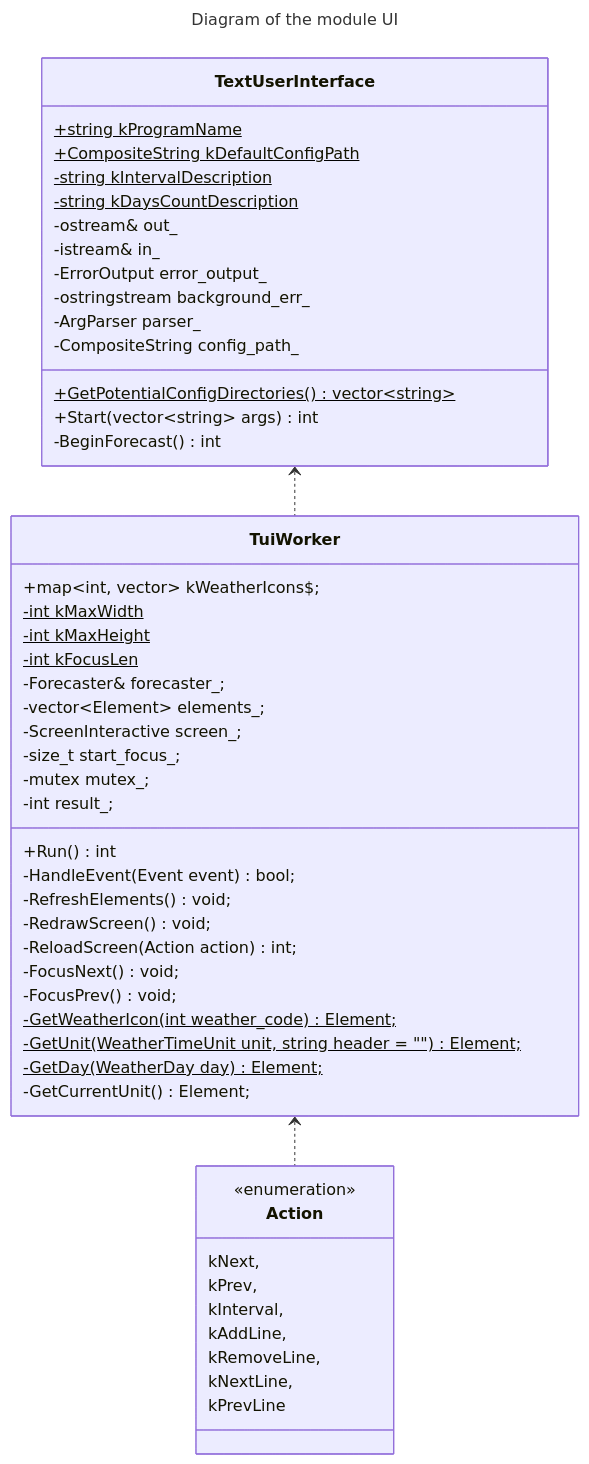
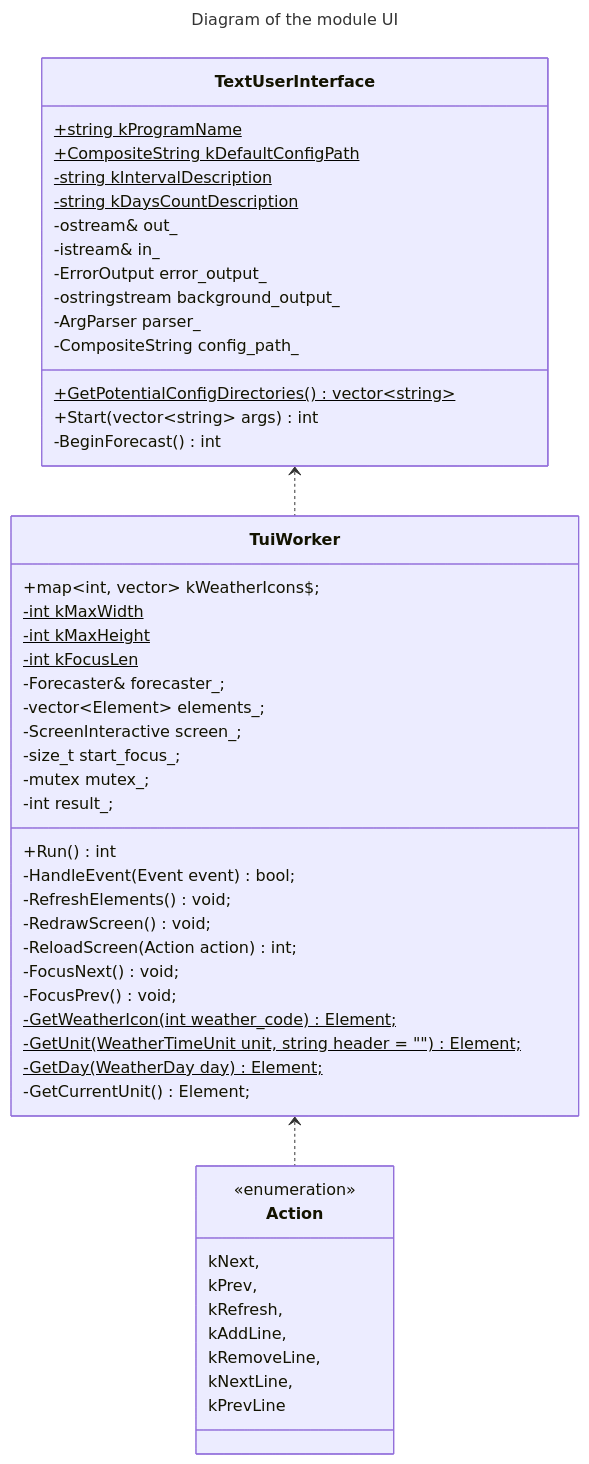
Before and after one commit to bialger/weather-forecast: the second of 4 diagrams in docs/dev/architecture.md, drawn with Mermaid. The commit also changed other lines of this file and 13 other files, not shown here.

````diff
--- a/docs/dev/architecture.md
+++ b/docs/dev/architecture.md
@@ -59,63 +59,63 @@
 ```mermaid
 ---
 title: Diagram of the module UI
 ---
 %%{
   init: {
     'theme': 'base',
     'classDiagram': { 'curve': 'linear' },
   }
 }%%
 classDiagram
   direction TB
   class TextUserInterface {
     +string kProgramName$
     +CompositeString kDefaultConfigPath$
     -string kIntervalDescription$
     -string kDaysCountDescription$
     -ostream& out_
     -istream& in_
     -ErrorOutput error_output_
-    -ostringstream background_err_
+    -ostringstream background_output_
     -ArgParser parser_
     -CompositeString config_path_
     +GetPotentialConfigDirectories()$ vector~string~
     +Start(vector~string~ args) int
     -BeginForecast() int
   }
   class TuiWorker {
     +map~int, vector<string>~ kWeatherIcons$;
     -int kMaxWidth$
     -int kMaxHeight$
     -int kFocusLen$
     -Forecaster& forecaster_;
     -vector~Element~ elements_;
     -ScreenInteractive screen_;
     -size_t start_focus_;
     -mutex mutex_;
     -int result_;
     +Run() int
     -HandleEvent(Event event) bool;
     -RefreshElements() void;
     -RedrawScreen() void;
     -ReloadScreen(Action action) int;
     -FocusNext() void;
     -FocusPrev() void;
     -GetWeatherIcon(int weather_code)$ Element;
     -GetUnit(WeatherTimeUnit unit, string header = "")$ Element;
     -GetDay(WeatherDay day)$ Element;
     -GetCurrentUnit() Element;
   }
   class Action {
     <<enumeration>>
     kNext,
     kPrev,
-    kInterval,
+    kRefresh,
     kAddLine,
     kRemoveLine,
     kNextLine,
     kPrevLine
   }
   TextUserInterface <.. TuiWorker
   TuiWorker <.. Action
 ```
````
